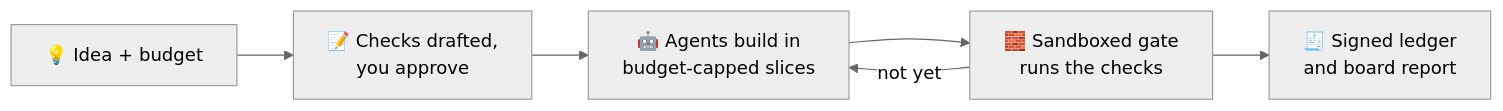
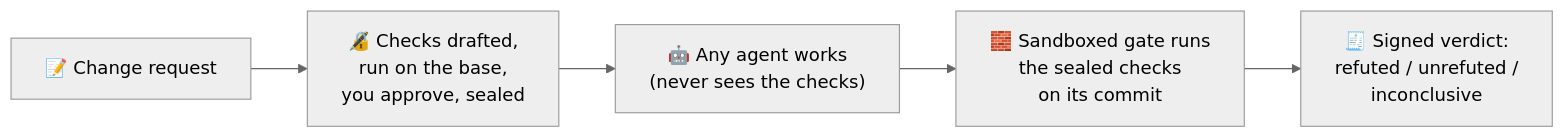
The diagram in README.md (kgorle1111/antstreet), drawn with Mermaid (neutral theme) before and after one commit. The commit also changed other lines of this file and 3 other files, not shown here.

First line of the commit message:
docs: lead the README and ROADMAP with audit, move fund to experimental

````diff
--- a/README.md
+++ b/README.md
@@ -83,8 +87,7 @@
 ```mermaid
 flowchart LR
-  A["💡 Idea + budget"] --> B["📝 Checks drafted,<br/>you approve"]
-  B --> C["🤖 Agents build in<br/>budget-capped slices"]
-  C --> D["🧱 Sandboxed gate<br/>runs the checks"]
-  D -->|"not yet"| C
-  D --> E["🧾 Signed ledger<br/>and board report"]
+  A["📝 Change request"] --> B["🔏 Checks drafted,<br/>run on the base,<br/>you approve, sealed"]
+  B --> C["🤖 Any agent works<br/>(never sees the checks)"]
+  C --> D["🧱 Sandboxed gate runs<br/>the sealed checks<br/>on its commit"]
+  D --> E["🧾 Signed verdict:<br/>refuted / unrefuted /<br/>inconclusive"]
 ```
````
